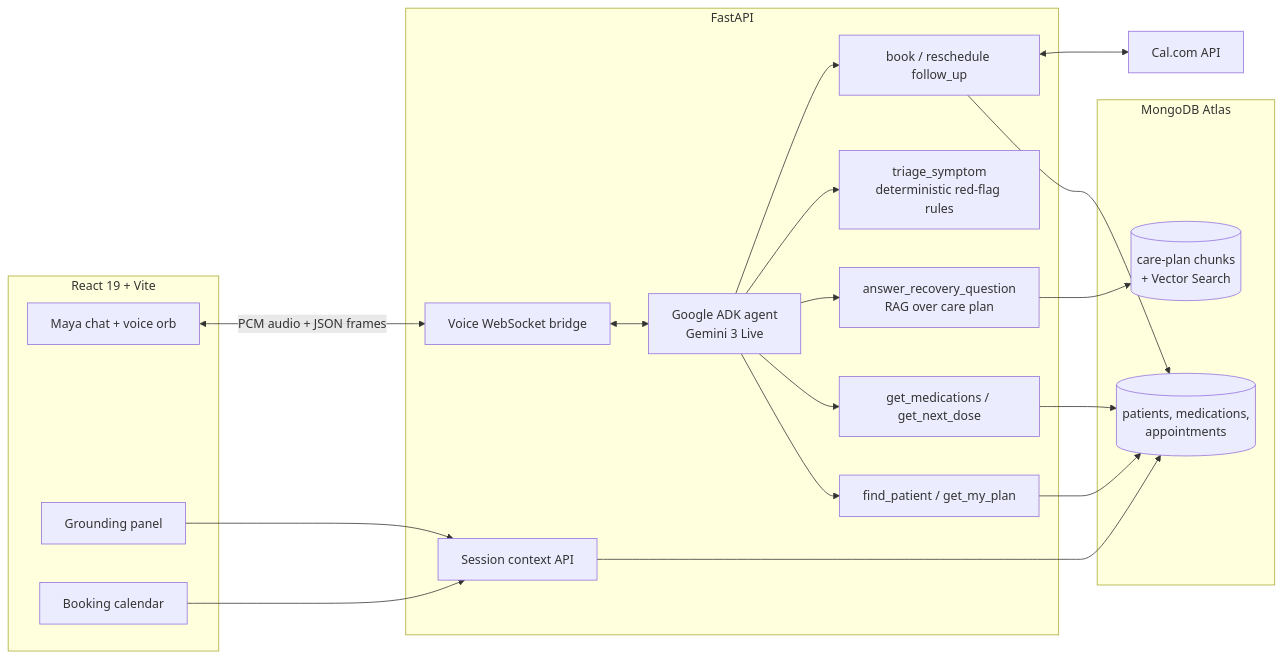
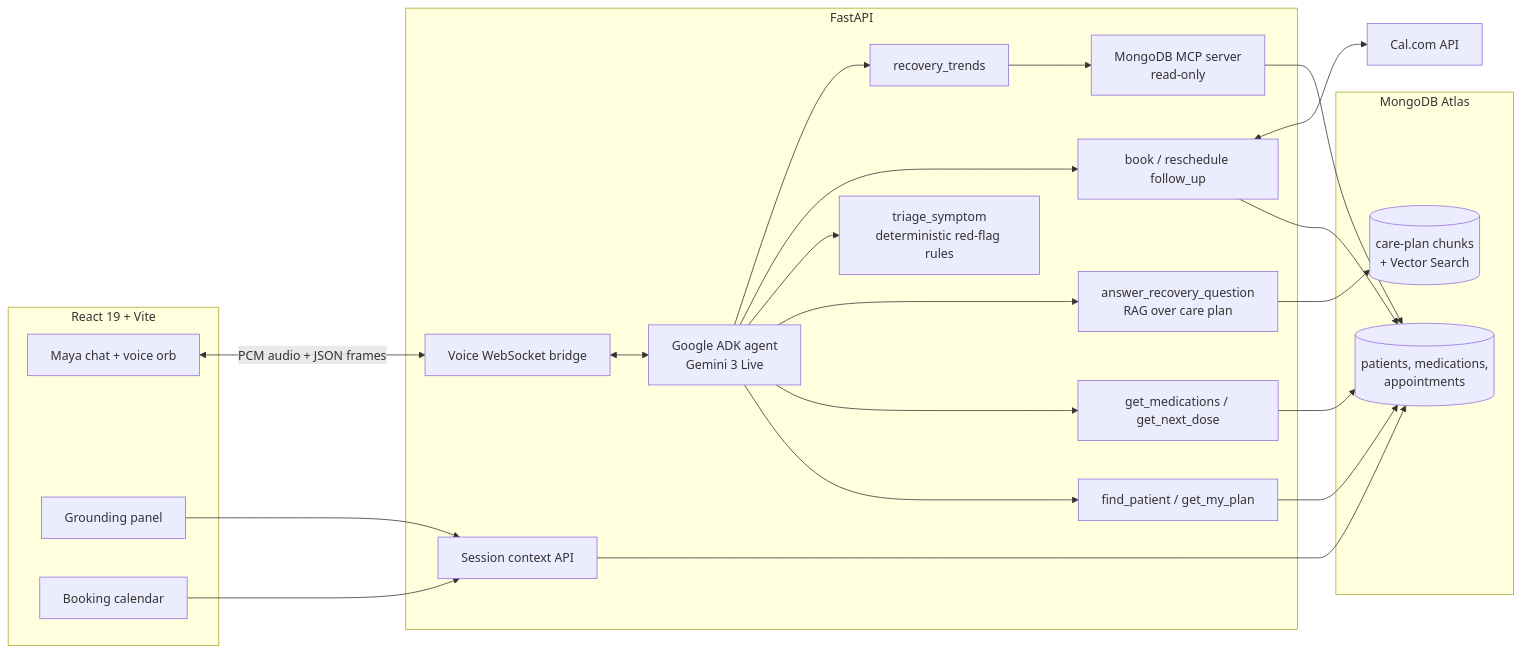
One commit to mahimairaja/rapid-agent-hackathon changed the diagram in README.md. Above: the diagram before and after it, drawn with Mermaid. The commit also changed other lines of this file and 7 other files, not shown here.

Commit message:
docs: mcp story, architecture update, custom badge set

````diff
--- a/README.md
+++ b/README.md
@@ -64,36 +69,39 @@
 ```mermaid
 flowchart LR
     subgraph Client["React 19 + Vite"]
         UI[Maya chat + voice orb]
         GP[Grounding panel]
         CAL[Booking calendar]
     end
 
     subgraph Backend["FastAPI"]
         WS[Voice WebSocket bridge]
         CTX[Session context API]
         ADK[Google ADK agent<br/>Gemini 3 Live]
         T1[find_patient / get_my_plan]
         T2[get_medications / get_next_dose]
         T3[answer_recovery_question<br/>RAG over care plan]
         T4[triage_symptom<br/>deterministic red-flag rules]
         T5[book / reschedule follow_up]
+        T6[recovery_trends]
+        MCP[MongoDB MCP server<br/>read-only]
     end
 
     subgraph Data["MongoDB Atlas"]
         P[(patients, medications,<br/>appointments)]
         V[(care-plan chunks<br/>+ Vector Search)]
     end
 
     EXT[Cal.com API]
 
     UI <-->|PCM audio + JSON frames| WS
     WS <--> ADK
-    ADK --> T1 & T2 & T3 & T4 & T5
+    ADK --> T1 & T2 & T3 & T4 & T5 & T6
     T1 & T2 & T5 --> P
     T3 --> V
+    T6 --> MCP --> P
     T5 <--> EXT
     GP --> CTX
     CAL --> CTX
     CTX --> P
 ```
````
